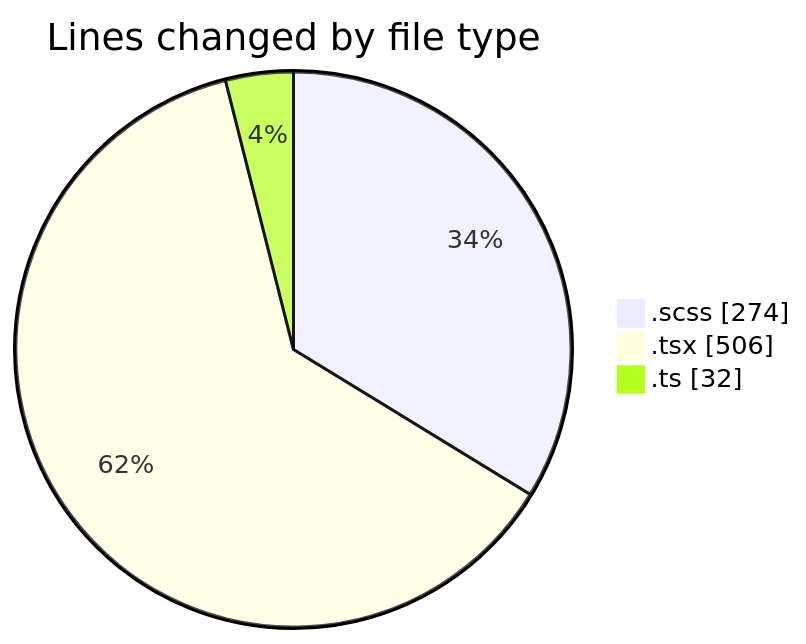
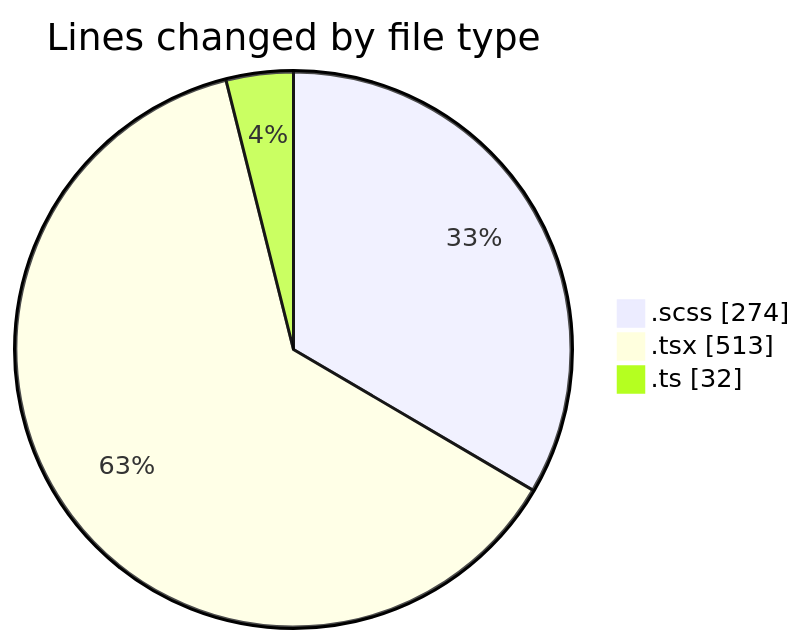
One commit to momahboobian/code-tracking changed the first of 2 diagrams in 2025-03-04/cda/README.md. Above: the diagram before and after it, drawn with Mermaid. The commit also changed other lines of this file and 1 other file, not shown here.

````diff
--- a/2025-03-04/cda/README.md
+++ b/2025-03-04/cda/README.md
@@ -25,7 +25,7 @@
 ```mermaid
 pie showData
 title Lines changed by file type
 ".scss" : 274
-".tsx" : 506
+".tsx" : 513
 ".ts" : 32
 ```
````
